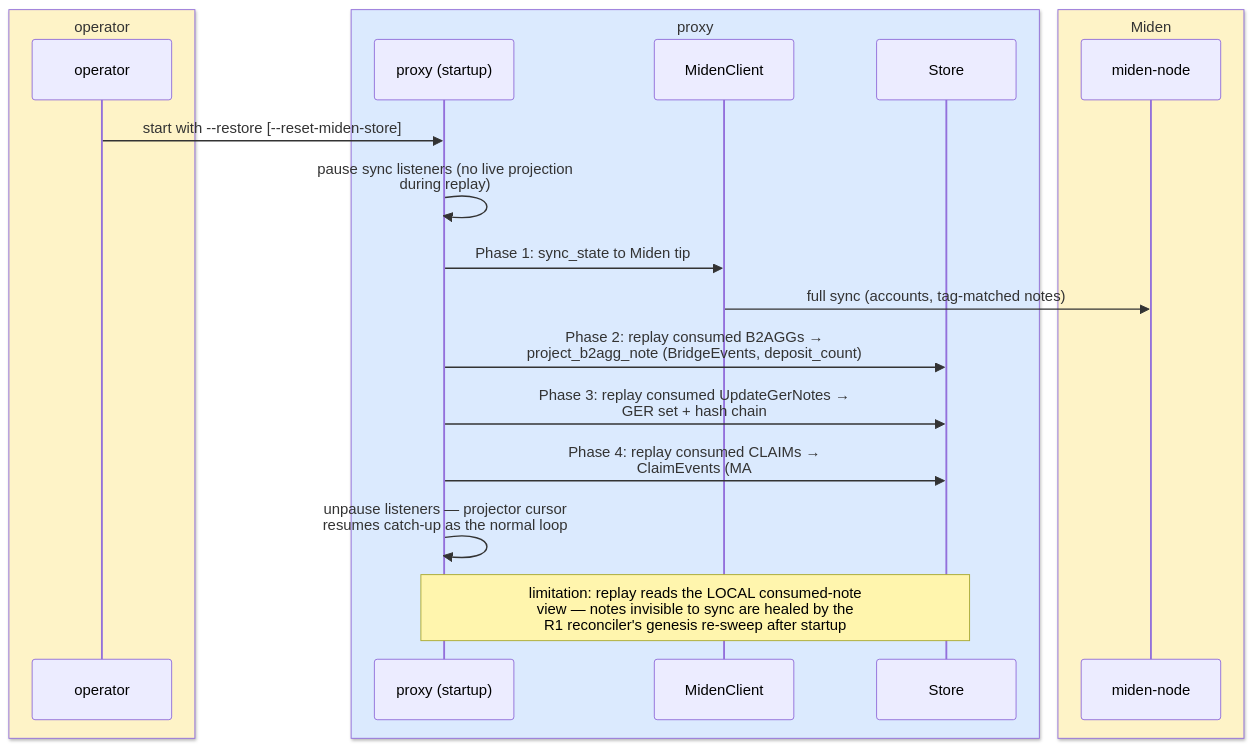
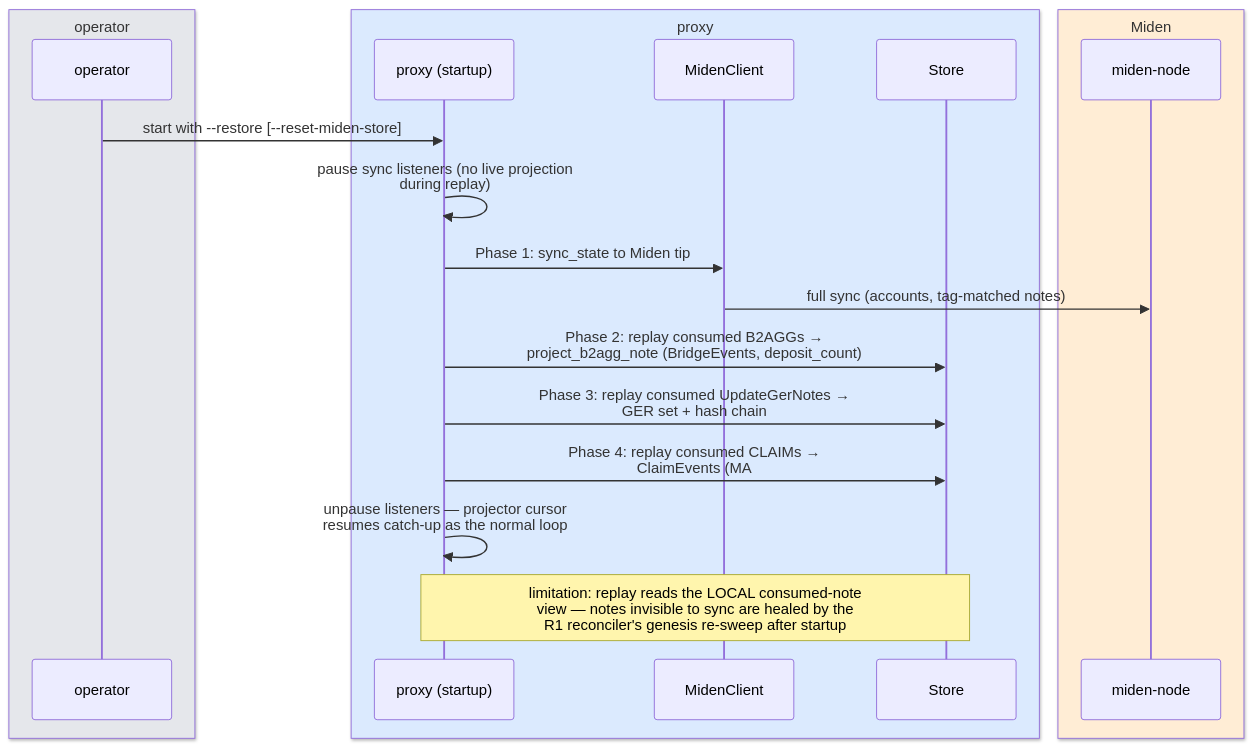
The sixth of 7 diagrams in docs/ARCHITECTURE.md (gateway-fm/miden-agglayer), drawn with Mermaid before and after one commit. The commit also changed other lines of this file, not shown here.

Commit message:
docs: three-way color scheme — proxy blue, Miden orange, AggLayer purple

````diff
--- a/docs/ARCHITECTURE.md
+++ b/docs/ARCHITECTURE.md
@@ -245,24 +249,24 @@
 ```mermaid
 sequenceDiagram
-    box rgb(254,243,199) operator
+    box rgb(229,231,235) operator
         participant OP as operator
     end
     box rgb(219,234,254) proxy
         participant PX as proxy (startup)
         participant MC as MidenClient
         participant ST as Store
     end
-    box rgb(254,243,199) Miden
+    box rgb(255,237,213) Miden
         participant N as miden-node
     end
 
     OP->>PX: start with --restore [--reset-miden-store]
     PX->>PX: pause sync listeners (no live projection<br/>during replay)
     PX->>MC: Phase 1: sync_state to Miden tip
     MC->>N: full sync (accounts, tag-matched notes)
     PX->>ST: Phase 2: replay consumed B2AGGs →<br/>project_b2agg_note (BridgeEvents, deposit_count)
     PX->>ST: Phase 3: replay consumed UpdateGerNotes →<br/>GER set + hash chain
     PX->>ST: Phase 4: replay consumed CLAIMs →<br/>ClaimEvents (MA#27 synthesis)
     PX->>PX: unpause listeners — projector cursor<br/>resumes catch-up as the normal loop
     Note over PX,ST: limitation: replay reads the LOCAL consumed-note<br/>view — notes invisible to sync are healed by the<br/>R1 reconciler's genesis re-sweep after startup
 ```
````
